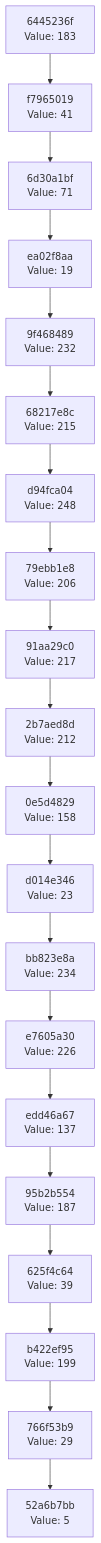
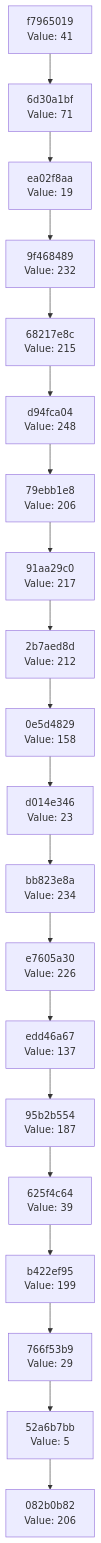
Before and after one commit to Abhisheksinha1506/hash-chain-evolver: the diagram in docs/CHAIN_VISUALIZATION.md, drawn with Mermaid. The commit also changed 3 other files, not shown here.

````diff
--- a/docs/CHAIN_VISUALIZATION.md
+++ b/docs/CHAIN_VISUALIZATION.md
@@ -3,42 +3,42 @@
 ```mermaid
 graph TD
-    C0["52a6b7bb<br/>Value: 5"]
-    C1["766f53b9<br/>Value: 29"]
+    C0["082b0b82<br/>Value: 206"]
+    C1["52a6b7bb<br/>Value: 5"]
     C1 --> C0
-    C2["b422ef95<br/>Value: 199"]
+    C2["766f53b9<br/>Value: 29"]
     C2 --> C1
-    C3["625f4c64<br/>Value: 39"]
+    C3["b422ef95<br/>Value: 199"]
     C3 --> C2
-    C4["95b2b554<br/>Value: 187"]
+    C4["625f4c64<br/>Value: 39"]
     C4 --> C3
-    C5["edd46a67<br/>Value: 137"]
+    C5["95b2b554<br/>Value: 187"]
     C5 --> C4
-    C6["e7605a30<br/>Value: 226"]
+    C6["edd46a67<br/>Value: 137"]
     C6 --> C5
-    C7["bb823e8a<br/>Value: 234"]
+    C7["e7605a30<br/>Value: 226"]
     C7 --> C6
-    C8["d014e346<br/>Value: 23"]
+    C8["bb823e8a<br/>Value: 234"]
     C8 --> C7
-    C9["0e5d4829<br/>Value: 158"]
+    C9["d014e346<br/>Value: 23"]
     C9 --> C8
-    C10["2b7aed8d<br/>Value: 212"]
+    C10["0e5d4829<br/>Value: 158"]
     C10 --> C9
-    C11["91aa29c0<br/>Value: 217"]
+    C11["2b7aed8d<br/>Value: 212"]
     C11 --> C10
-    C12["79ebb1e8<br/>Value: 206"]
+    C12["91aa29c0<br/>Value: 217"]
     C12 --> C11
-    C13["d94fca04<br/>Value: 248"]
+    C13["79ebb1e8<br/>Value: 206"]
     C13 --> C12
-    C14["68217e8c<br/>Value: 215"]
+    C14["d94fca04<br/>Value: 248"]
     C14 --> C13
-    C15["9f468489<br/>Value: 232"]
+    C15["68217e8c<br/>Value: 215"]
     C15 --> C14
-    C16["ea02f8aa<br/>Value: 19"]
+    C16["9f468489<br/>Value: 232"]
     C16 --> C15
-    C17["6d30a1bf<br/>Value: 71"]
+    C17["ea02f8aa<br/>Value: 19"]
     C17 --> C16
-    C18["f7965019<br/>Value: 41"]
+    C18["6d30a1bf<br/>Value: 71"]
     C18 --> C17
-    C19["6445236f<br/>Value: 183"]
+    C19["f7965019<br/>Value: 41"]
     C19 --> C18
 ```
````
